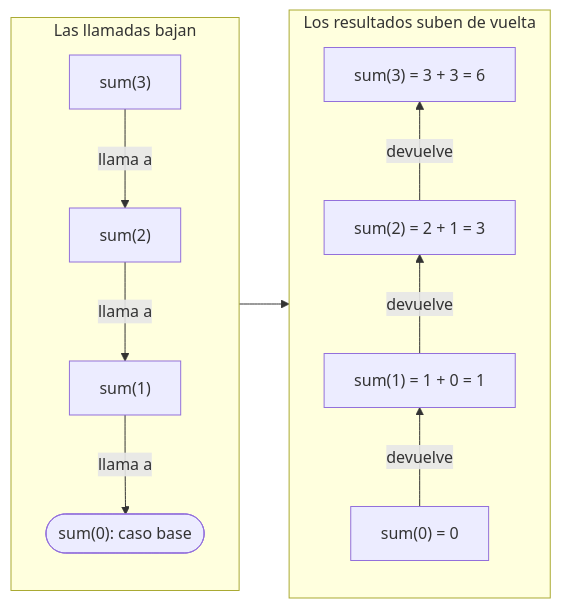
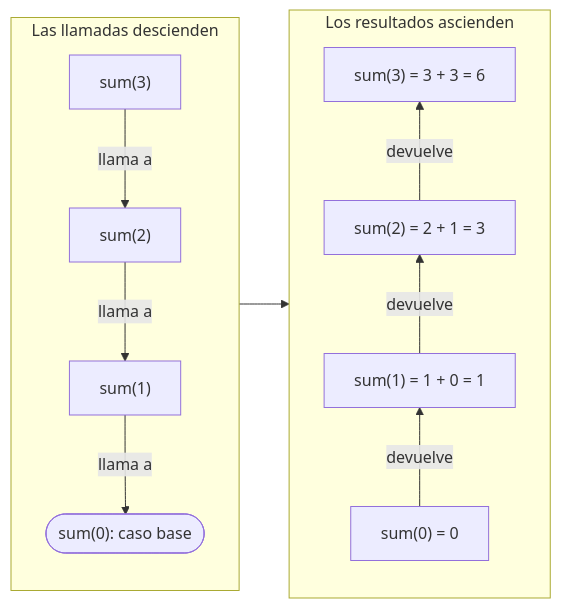
One commit to dullroar/aprende-a-programar-como-un-bicho-raro changed the diagram in lessons/cs-source/concepts/recursion.md. Above: the diagram before and after it, drawn with Mermaid. The commit also changed other lines of this file and 8 other files, not shown here.

````diff
--- a/lessons/cs-source/concepts/recursion.md
+++ b/lessons/cs-source/concepts/recursion.md
@@ -8,14 +8,14 @@
 ```mermaid
 flowchart LR
     accTitle: La recursión avanza hacia un caso base y luego retrocede con los resultados acumulados
-    accDescr: Dos columnas para la suma de 3. La columna izquierda, leída hacia abajo, muestra las llamadas que avanzan hacia adentro. La suma de 3 llama a la suma de 2, que llama a la suma de 1, que llama a la suma de 0. La suma de 0 es el caso base y devuelve 0 sin llamar a nada. La columna derecha, leída hacia arriba, muestra los resultados que vuelven hacia afuera. La suma de 1 es 1 más 0, que es 1. La suma de 2 es 2 más 1, que es 3. La suma de 3 es 3 más 3, que es 6.
-    subgraph DOWN["Las llamadas bajan"]
+    accDescr: Dos columnas para la suma hasta 3. La columna izquierda, leída hacia abajo, muestra las llamadas que avanzan hacia adentro. La suma hasta 3 llama a la suma hasta 2, que llama a la suma hasta 1, que llama a la suma hasta 0. La suma hasta 0 es el caso base y devuelve 0 sin llamar a nada. La columna derecha, leída hacia arriba, muestra los resultados que vuelven hacia afuera. La suma hasta 1 es 1 más 0, que es 1. La suma hasta 2 es 2 más 1, que es 3. La suma hasta 3 es 3 más 3, que es 6.
+    subgraph DOWN["Las llamadas descienden"]
         direction TB
         n3["sum(3)"] -->|llama a| n2["sum(2)"] -->|llama a| n1["sum(1)"] -->|llama a| n0(["sum(0): caso base"])
     end
-    subgraph UP["Los resultados suben de vuelta"]
+    subgraph UP["Los resultados ascienden"]
         direction BT
         u0["sum(0) = 0"] -->|devuelve| u1["sum(1) = 1 + 0 = 1"] -->|devuelve| u2["sum(2) = 2 + 1 = 3"] -->|devuelve| u3["sum(3) = 3 + 3 = 6"]
     end
     DOWN --> UP
 ```
````
